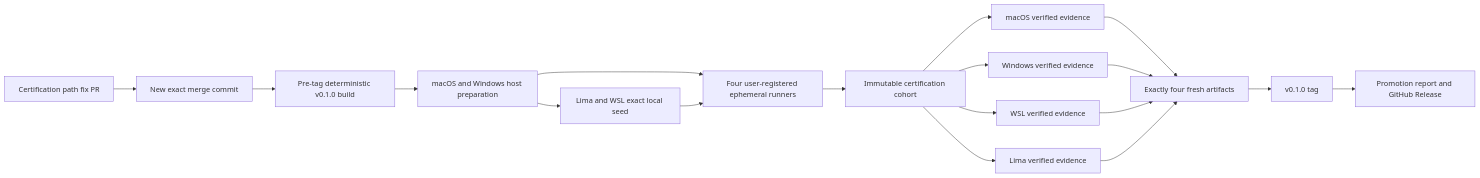
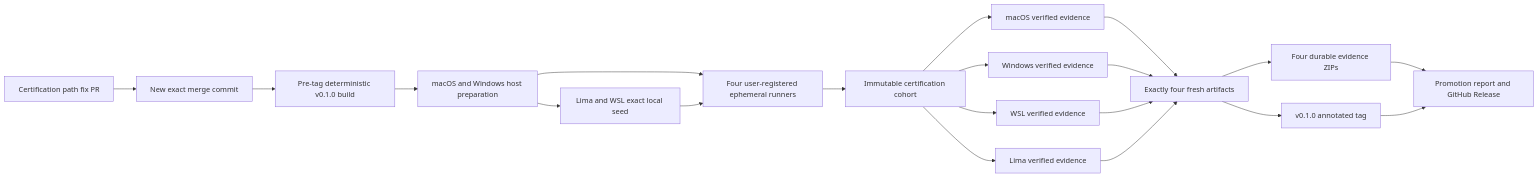
The diagram in docs/plans/2026-07-31-ZZA-101-my-desk-setup-actual-target-certification-plan.md (zzanghyunmoo/Workspaces), drawn with Mermaid before and after one commit. The commit also changed other lines of this file and 1 other file, not shown here.

Commit message:
docs: align ZZA-101 certification evidence

````diff
--- a/docs/plans/2026-07-31-ZZA-101-my-desk-setup-actual-target-certification-plan.md
+++ b/docs/plans/2026-07-31-ZZA-101-my-desk-setup-actual-target-certification-plan.md
@@ -312,20 +350,22 @@
 ```mermaid
 flowchart LR
   FIX[Certification path fix PR] --> MERGE[New exact merge commit]
   MERGE --> BUILD[Pre-tag deterministic v0.1.0 build]
   BUILD --> HOSTS[macOS and Windows host preparation]
   HOSTS --> GUESTS[Lima and WSL exact local seed]
   HOSTS --> RUNNERS[Four user-registered ephemeral runners]
   GUESTS --> RUNNERS
   RUNNERS --> COHORT[Immutable certification cohort]
   COHORT --> E1[macOS verified evidence]
   COHORT --> E2[Windows verified evidence]
   COHORT --> E3[WSL verified evidence]
   COHORT --> E4[Lima verified evidence]
   E1 --> PROMOTE[Exactly four fresh artifacts]
   E2 --> PROMOTE
   E3 --> PROMOTE
   E4 --> PROMOTE
-  PROMOTE --> TAG[v0.1.0 tag]
-  TAG --> RELEASE[Promotion report and GitHub Release]
+  PROMOTE --> ARCHIVES[Four durable evidence ZIPs]
+  PROMOTE --> TAG[v0.1.0 annotated tag]
+  ARCHIVES --> RELEASE[Promotion report and GitHub Release]
+  TAG --> RELEASE
 ```
````
